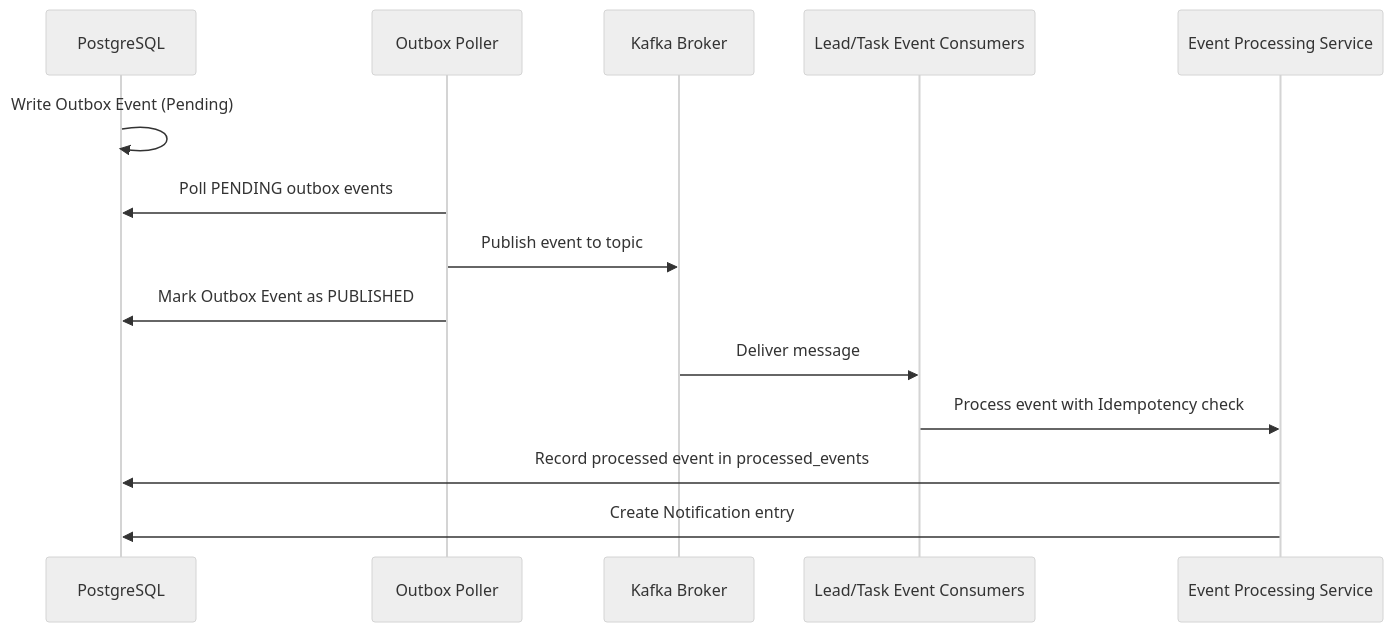
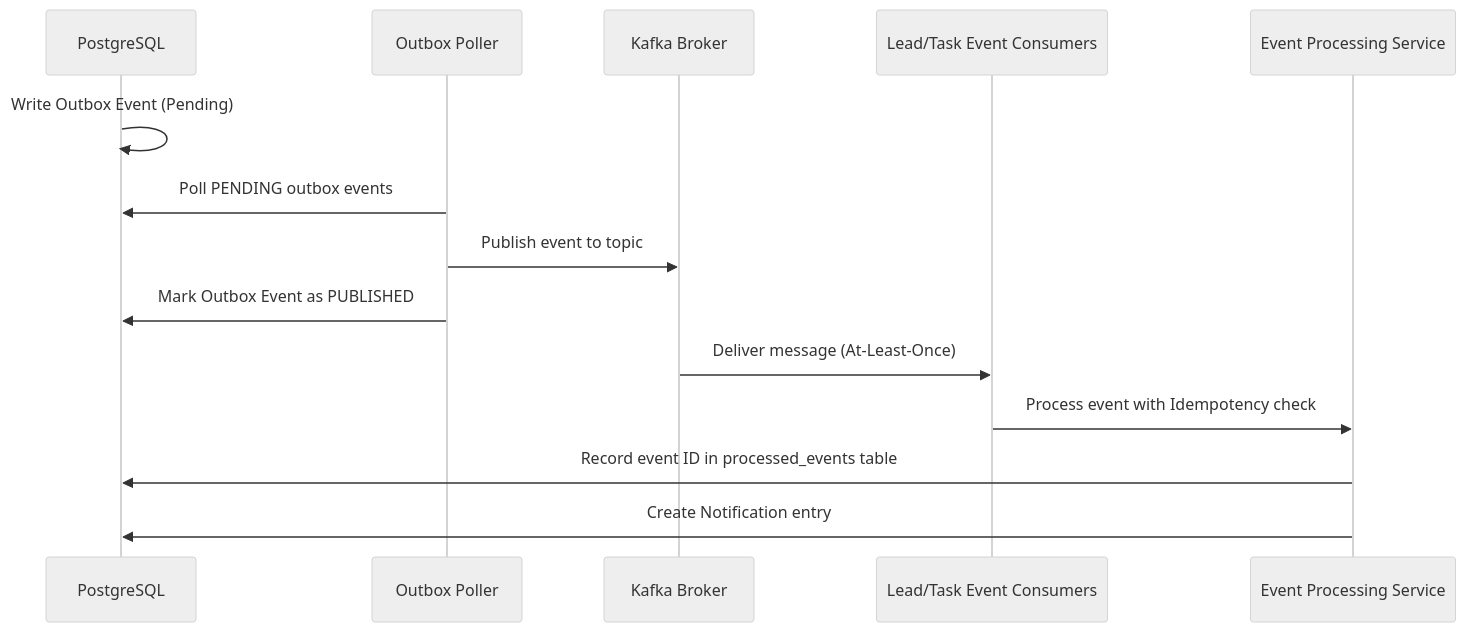
Before and after one commit to Rakshitshetty5/CRM: the third of 4 diagrams in README.md, drawn with Mermaid (neutral theme). The commit also changed other lines of this file, not shown here.

````diff
--- a/README.md
+++ b/README.md
@@ -300,17 +321,17 @@
 ```mermaid
 sequenceDiagram
     participant DB as PostgreSQL
     participant OP as Outbox Poller
     participant KAFKA as Kafka Broker
     participant CONS as Lead/Task Event Consumers
     participant SVC as Event Processing Service
     
     DB->>DB: Write Outbox Event (Pending)
     OP->>DB: Poll PENDING outbox events
     OP->>KAFKA: Publish event to topic
     OP->>DB: Mark Outbox Event as PUBLISHED
-    KAFKA->>CONS: Deliver message
+    KAFKA->>CONS: Deliver message (At-Least-Once)
     CONS->>SVC: Process event with Idempotency check
-    SVC->>DB: Record processed event in processed_events
+    SVC->>DB: Record event ID in processed_events table
     SVC->>DB: Create Notification entry
 ```
````
